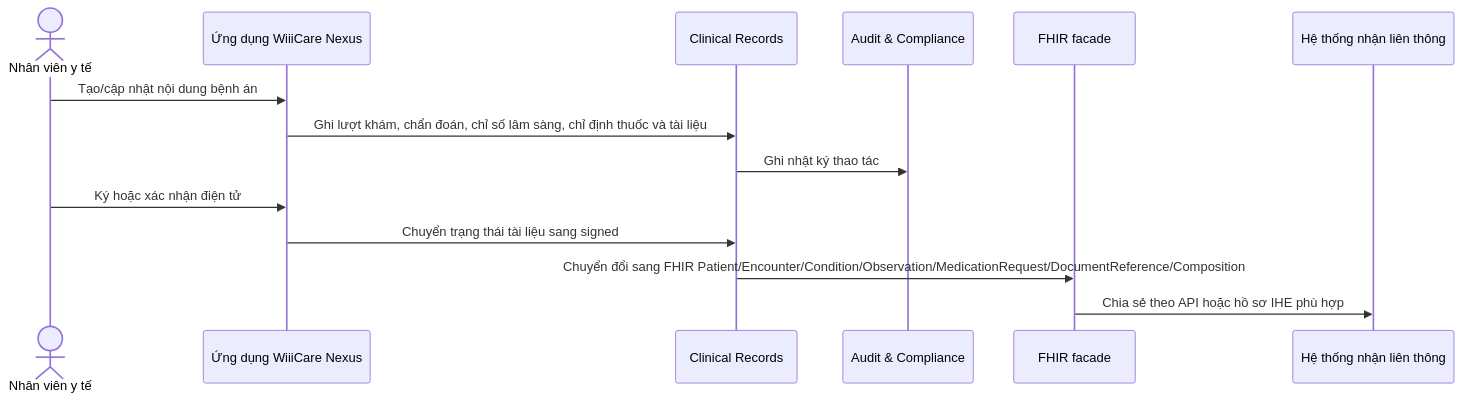
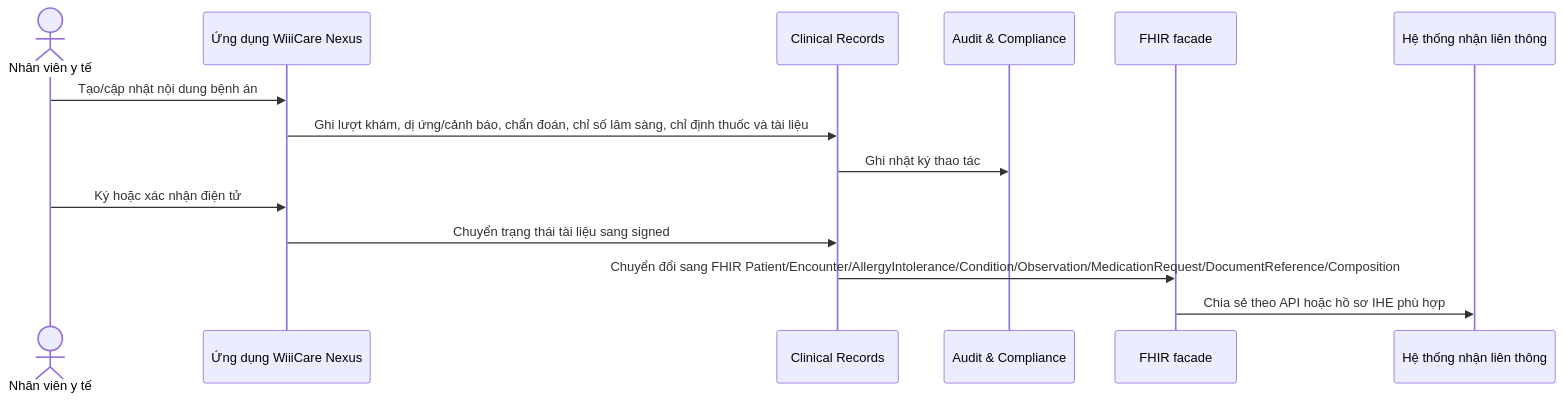
One commit to meiiie/benh_vien changed the second of 2 diagrams in docs/ARCHITECTURE.md. Above: the diagram before and after it, drawn with Mermaid. The commit also changed other lines of this file and 33 other files, not shown here.

````diff
--- a/docs/ARCHITECTURE.md
+++ b/docs/ARCHITECTURE.md
@@ -59,17 +59,17 @@
 ```mermaid
 sequenceDiagram
   actor User as Nhân viên y tế
   participant App as Ứng dụng WiiiCare Nexus
   participant EMR as Clinical Records
   participant Audit as Audit & Compliance
   participant FHIR as FHIR facade
   participant Partner as Hệ thống nhận liên thông
 
   User->>App: Tạo/cập nhật nội dung bệnh án
-  App->>EMR: Ghi lượt khám, chẩn đoán, chỉ số lâm sàng, chỉ định thuốc và tài liệu
+  App->>EMR: Ghi lượt khám, dị ứng/cảnh báo, chẩn đoán, chỉ số lâm sàng, chỉ định thuốc và tài liệu
   EMR->>Audit: Ghi nhật ký thao tác
   User->>App: Ký hoặc xác nhận điện tử
   App->>EMR: Chuyển trạng thái tài liệu sang signed
-  EMR->>FHIR: Chuyển đổi sang FHIR Patient/Encounter/Condition/Observation/MedicationRequest/DocumentReference/Composition
+  EMR->>FHIR: Chuyển đổi sang FHIR Patient/Encounter/AllergyIntolerance/Condition/Observation/MedicationRequest/DocumentReference/Composition
   FHIR->>Partner: Chia sẻ theo API hoặc hồ sơ IHE phù hợp
 ```
````
